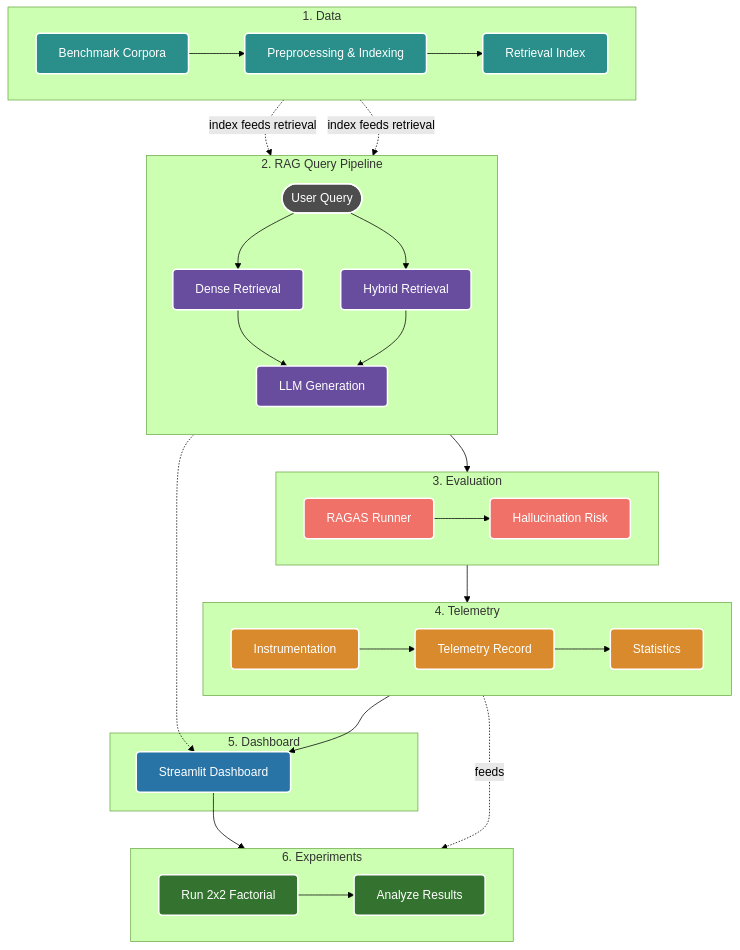
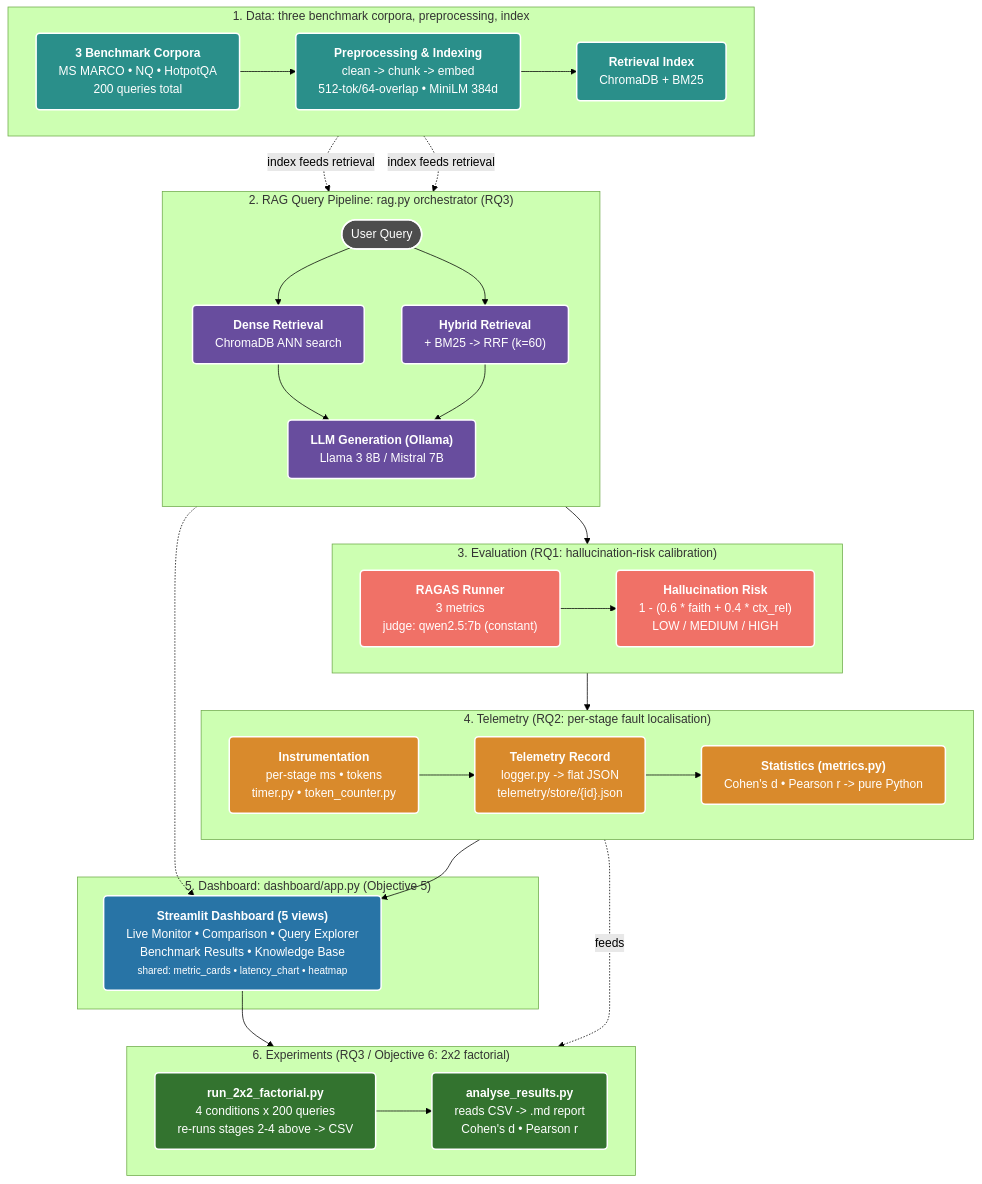
One commit to samueladole/MDATS79 changed the diagram in docs/diagrams/ragscope_system_architecture.mmd. Above: the diagram before and after it, drawn with Mermaid (forest theme).

Commit message:
Enhance RAGScope system architecture diagram with detailed descriptions for each stage

```diff
--- a/docs/diagrams/ragscope_system_architecture.mmd
+++ b/docs/diagrams/ragscope_system_architecture.mmd
@@ -1,75 +1,86 @@
 graph TD
     %% Define color palette based on your original image
     classDef data fill:#2A8F8A,stroke:#ffffff,stroke-width:2px,color:#ffffff,rx:5px,ry:5px;
     classDef pipeline fill:#684D9E,stroke:#ffffff,stroke-width:2px,color:#ffffff,rx:5px,ry:5px;
     classDef eval fill:#F07167,stroke:#ffffff,stroke-width:2px,color:#ffffff,rx:5px,ry:5px;
     classDef telemetry fill:#D98A2C,stroke:#ffffff,stroke-width:2px,color:#ffffff,rx:5px,ry:5px;
     classDef dashboard fill:#2874A6,stroke:#ffffff,stroke-width:2px,color:#ffffff,rx:5px,ry:5px;
     classDef exp fill:#33732F,stroke:#ffffff,stroke-width:2px,color:#ffffff,rx:5px,ry:5px;
     classDef query fill:#4D4D4D,stroke:#ffffff,stroke-width:2px,color:#ffffff,rx:20px,ry:20px;
     classDef transparent fill:none,stroke:none;
 
     %% 1. Data Stage
-    subgraph Stage1 [1. Data]
+    subgraph Stage1 ["1. Data: three benchmark corpora, preprocessing, index"]
         direction LR
-        D1[Benchmark Corpora] --> D2[Preprocessing & Indexing]
-        D2 --> D3[Retrieval Index]
+        D1["<div style='white-space: nowrap; text-align: center;'><strong>3 Benchmark Corpora</strong><br/>MS MARCO • NQ • HotpotQA<br/>200 queries total</div>"]
+        D2["<div style='white-space: nowrap; text-align: center;'><strong>Preprocessing & Indexing</strong><br/>clean -> chunk -> embed<br/>512-tok/64-overlap • MiniLM 384d</div>"]
+        D3["<div style='white-space: nowrap; text-align: center;'><strong>Retrieval Index</strong><br/>ChromaDB + BM25</div>"]
+        D1 --> D2
+        D2 --> D3
     end
     class D1,D2,D3 data;
 
     %% 2. RAG Query Pipeline Stage
-    subgraph Stage2 [2. RAG Query Pipeline]
+    subgraph Stage2 ["2. RAG Query Pipeline: rag.py orchestrator (RQ3)"]
         direction TB
-        Q([User Query]):::query
-        P1[Dense Retrieval]
-        P2[Hybrid Retrieval]
-        P3[LLM Generation]
+        Q(["User Query"]):::query
+        P1["<div style='white-space: nowrap; text-align: center;'><strong>Dense Retrieval</strong><br/>ChromaDB ANN search</div>"]
+        P2["<div style='white-space: nowrap; text-align: center;'><strong>Hybrid Retrieval</strong><br/>+ BM25 -> RRF (k=60)</div>"]
+        P3["<div style='white-space: nowrap; text-align: center;'><strong>LLM Generation (Ollama)</strong><br/>Llama 3 8B / Mistral 7B</div>"]
         
         Q --> P1
         Q --> P2
         P1 --> P3
         P2 --> P3
     end
     class P1,P2,P3 pipeline;
 
     %% Link Data to Pipeline
     D3 -. index feeds retrieval .-> P1
     D3 -. index feeds retrieval .-> P2
 
     %% 3. Evaluation Stage
-    subgraph Stage3 [3. Evaluation]
+    subgraph Stage3 ["3. Evaluation (RQ1: hallucination-risk calibration)"]
         direction LR
-        E1[RAGAS Runner] --> E2[Hallucination Risk]
+        E1["<div style='white-space: nowrap; text-align: center;'><strong>RAGAS Runner</strong><br/>3 metrics<br/>judge: qwen2.5:7b (constant)</div>"]
+        E2["<div style='white-space: nowrap; text-align: center;'><strong>Hallucination Risk</strong><br/>1 - (0.6 * faith + 0.4 * ctx_rel)<br/>LOW / MEDIUM / HIGH</div>"]
+        E1 --> E2
     end
     class E1,E2 eval;
     
     P3 --> E1
 
     %% 4. Telemetry Stage
-    subgraph Stage4 [4. Telemetry]
+    subgraph Stage4 ["4. Telemetry (RQ2: per-stage fault localisation)"]
         direction LR
-        T1[Instrumentation] --> T2[Telemetry Record]
-        T2 --> T3[Statistics]
+        T1["<div style='white-space: nowrap; text-align: center;'><strong>Instrumentation</strong><br/>per-stage ms • tokens<br/>timer.py • token_counter.py</div>"]
+        T2["<div style='white-space: nowrap; text-align: center;'><strong>Telemetry Record</strong><br/>logger.py -> flat JSON<br/>telemetry/store/{id}.json</div>"]
+        T3["<div style='white-space: nowrap; text-align: center;'><strong>Statistics (metrics.py)</strong><br/>Cohen's d • Pearson r -> pure Python</div>"]
+        
+        T1 --> T2
+        T2 --> T3
     end
     class T1,T2,T3 telemetry;
 
     E1 --> T1
 
     %% 5. Dashboard Stage
-    subgraph Stage5 [5. Dashboard]
-        DB[Streamlit Dashboard]
+    subgraph Stage5 ["5. Dashboard: dashboard/app.py (Objective 5)"]
+        DB["<div style='white-space: nowrap; text-align: center;'><strong>Streamlit Dashboard (5 views)</strong><br/>Live Monitor • Comparison • Query Explorer<br/>Benchmark Results • Knowledge Base<br/><small>shared: metric_cards • latency_chart • heatmap</small></div>"]
     end
     class DB dashboard;
 
     T3 --> DB
     Q -.-> DB
 
     %% 6. Experiments Stage
-    subgraph Stage6 [6. Experiments]
+    subgraph Stage6 ["6. Experiments (RQ3 / Objective 6: 2x2 factorial)"]
         direction LR
-        X1[Run 2x2 Factorial] --> X2[Analyze Results]
+        X1["<div style='white-space: nowrap; text-align: center;'><strong>run_2x2_factorial.py</strong><br/>4 conditions x 200 queries<br/>re-runs stages 2-4 above -> CSV</div>"]
+        X2["<div style='white-space: nowrap; text-align: center;'><strong>analyse_results.py</strong><br/>reads CSV -> .md report<br/>Cohen's d • Pearson r</div>"]
+        X1 --> X2
     end
     class X1,X2 exp;
 
     DB --> X1
     T3 -. feeds .-> X2
```
